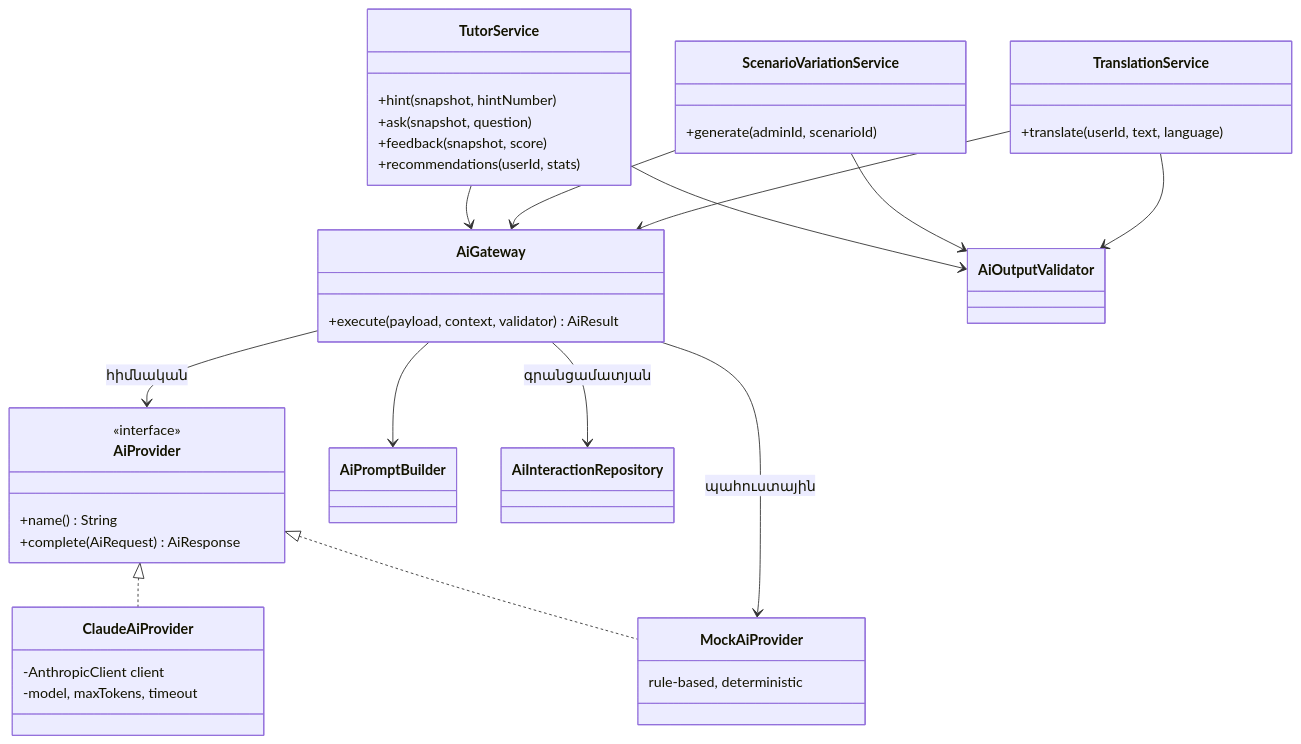
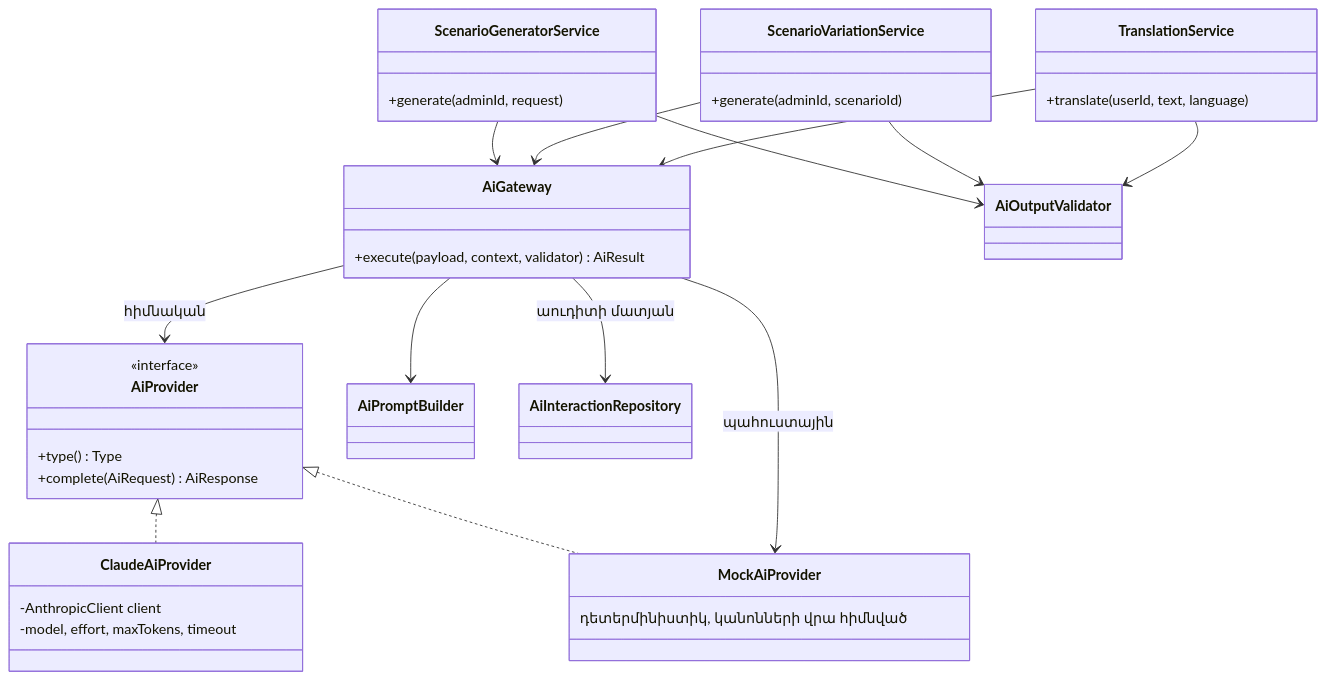
The first of 2 diagrams in docs/hy/09-ai-integration.md (baghdasaryanzenfira-spec/cyber-sim), drawn with Mermaid before and after one commit. The commit also changed other lines of this file and 37 other files, not shown here.

````diff
--- a/docs/hy/09-ai-integration.md
+++ b/docs/hy/09-ai-integration.md
@@ -46,45 +45,42 @@
 ```mermaid
 classDiagram
   class AiProvider {
     <<interface>>
-    +name() String
+    +type() Type
     +complete(AiRequest) AiResponse
   }
   class ClaudeAiProvider {
     -AnthropicClient client
-    -model, maxTokens, timeout
+    -model, effort, maxTokens, timeout
   }
   class MockAiProvider {
-    rule-based, deterministic
+    դետերմինիստիկ, կանոնների վրա հիմնված
   }
   class AiGateway {
     +execute(payload, context, validator) AiResult
   }
-  class TutorService {
-    +hint(snapshot, hintNumber)
-    +ask(snapshot, question)
-    +feedback(snapshot, score)
-    +recommendations(userId, stats)
+  class ScenarioGeneratorService {
+    +generate(adminId, request)
   }
   class ScenarioVariationService {
     +generate(adminId, scenarioId)
   }
   class TranslationService {
     +translate(userId, text, language)
   }
   class AiPromptBuilder
   class AiOutputValidator
   class AiInteractionRepository
   AiProvider <|.. ClaudeAiProvider
   AiProvider <|.. MockAiProvider
   AiGateway --> AiProvider : հիմնական
   AiGateway --> MockAiProvider : պահուստային
   AiGateway --> AiPromptBuilder
-  AiGateway --> AiInteractionRepository : գրանցամատյան
-  TutorService --> AiGateway
-  TutorService --> AiOutputValidator
+  AiGateway --> AiInteractionRepository : աուդիտի մատյան
+  ScenarioGeneratorService --> AiGateway
+  ScenarioGeneratorService --> AiOutputValidator
   ScenarioVariationService --> AiGateway
   ScenarioVariationService --> AiOutputValidator
   TranslationService --> AiGateway
   TranslationService --> AiOutputValidator
 ```
````
